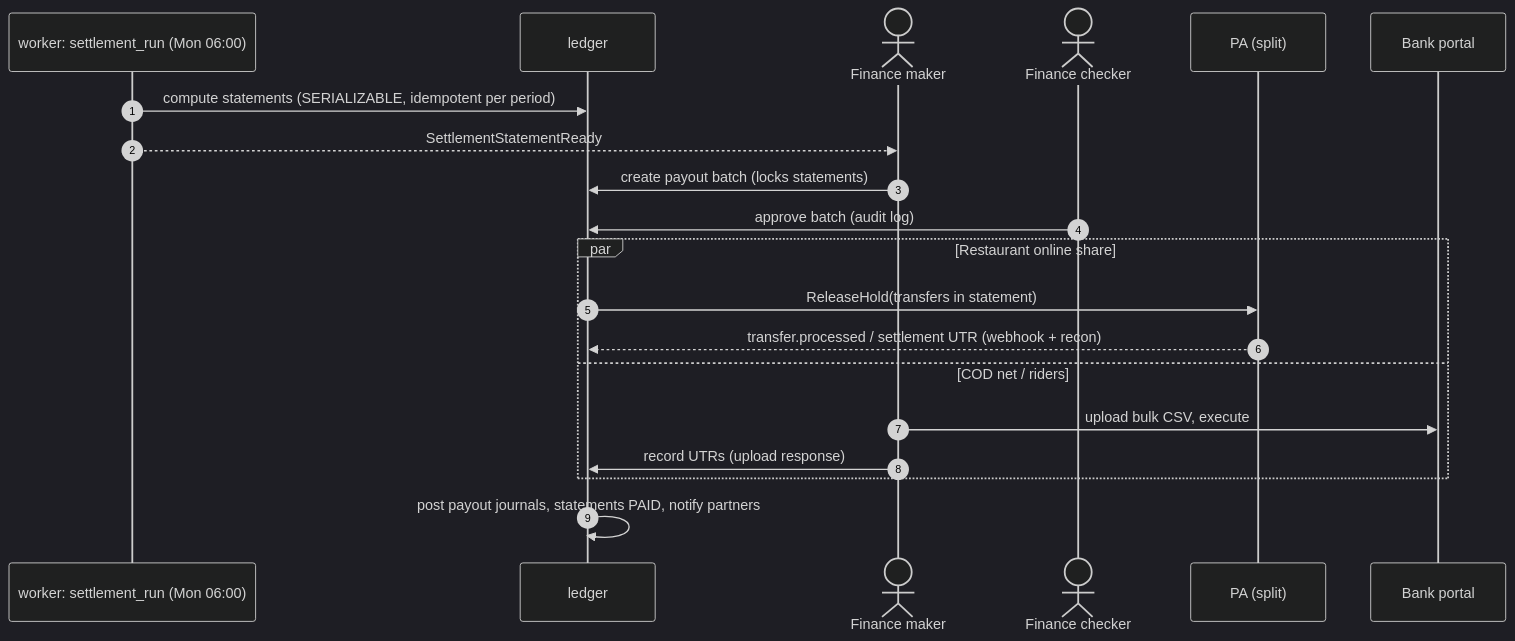
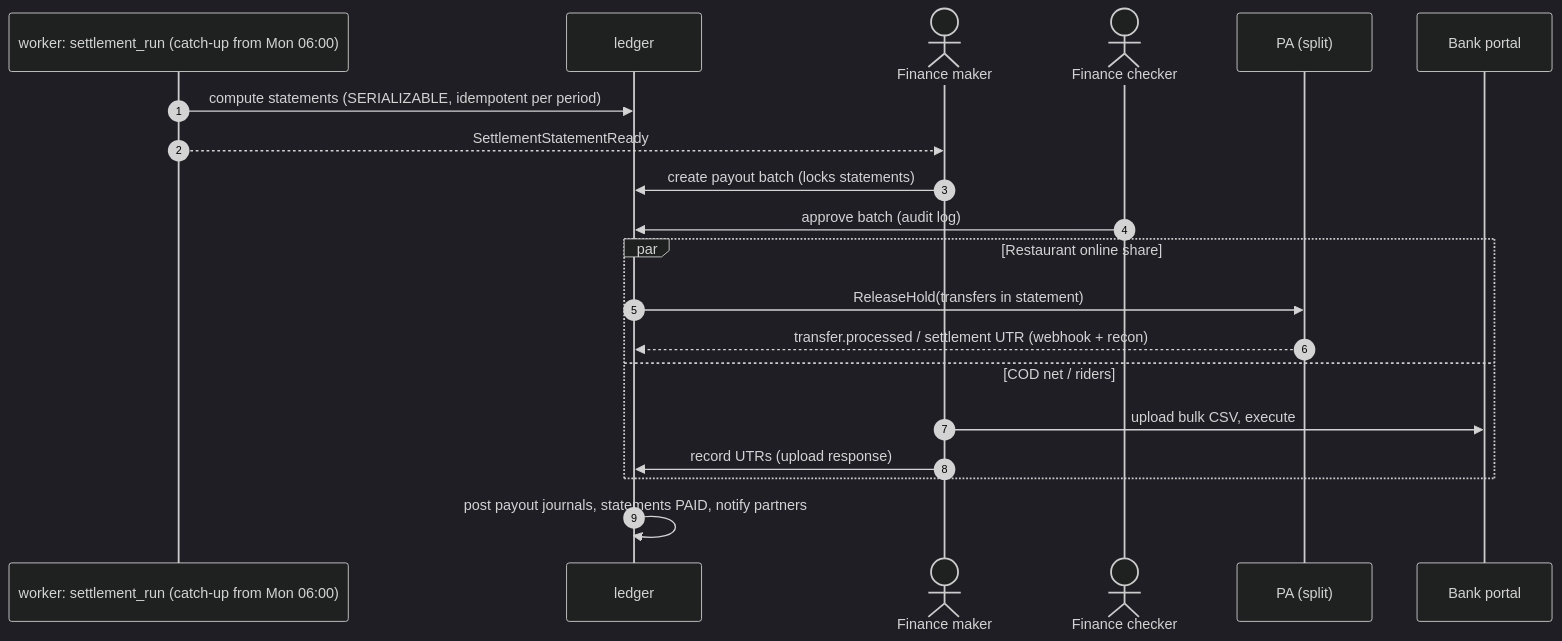
Before and after one commit to storetmobiles2-code/rovo: the seventh of 7 diagrams in docs/planning/14-payment-architecture.md, drawn with Mermaid (dark theme). The commit also changed other lines of this file and 12 other files, not shown here.

````diff
--- a/docs/planning/14-payment-architecture.md
+++ b/docs/planning/14-payment-architecture.md
@@ -625,22 +661,22 @@
 ```mermaid
 sequenceDiagram
     autonumber
-    participant J as worker: settlement_run (Mon 06:00)
+    participant J as worker: settlement_run (catch-up from Mon 06:00)
     participant L as ledger
     actor M as Finance maker
     actor C as Finance checker
     participant PA as PA (split)
     participant B as Bank portal
     J->>L: compute statements (SERIALIZABLE, idempotent per period)
     J-->>M: SettlementStatementReady
     M->>L: create payout batch (locks statements)
     C->>L: approve batch (audit log)
     par Restaurant online share
         L->>PA: ReleaseHold(transfers in statement)
         PA-->>L: transfer.processed / settlement UTR (webhook + recon)
     and COD net / riders
         M->>B: upload bulk CSV, execute
         M->>L: record UTRs (upload response)
     end
     L->>L: post payout journals, statements PAID, notify partners
 ```
````
